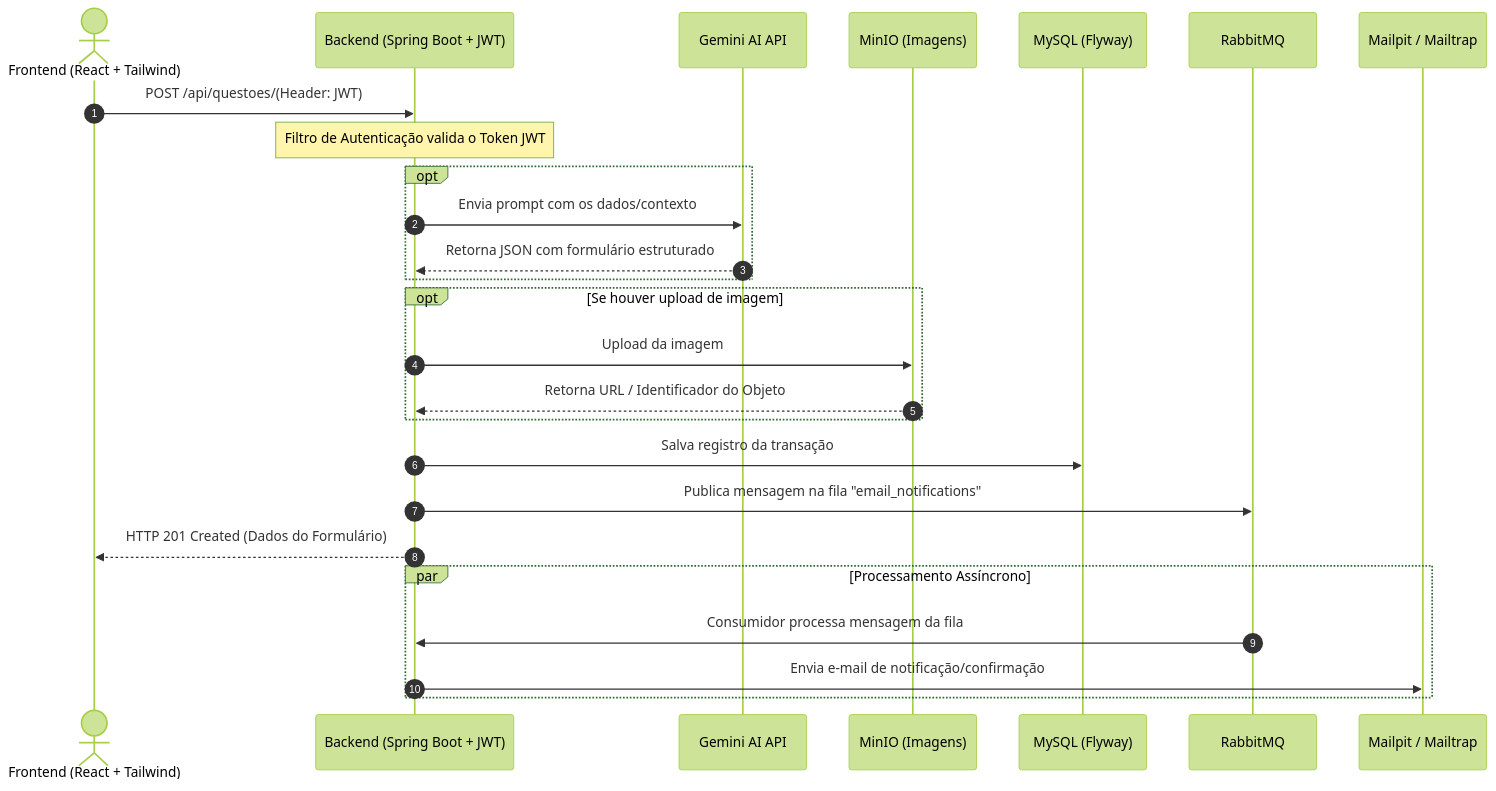
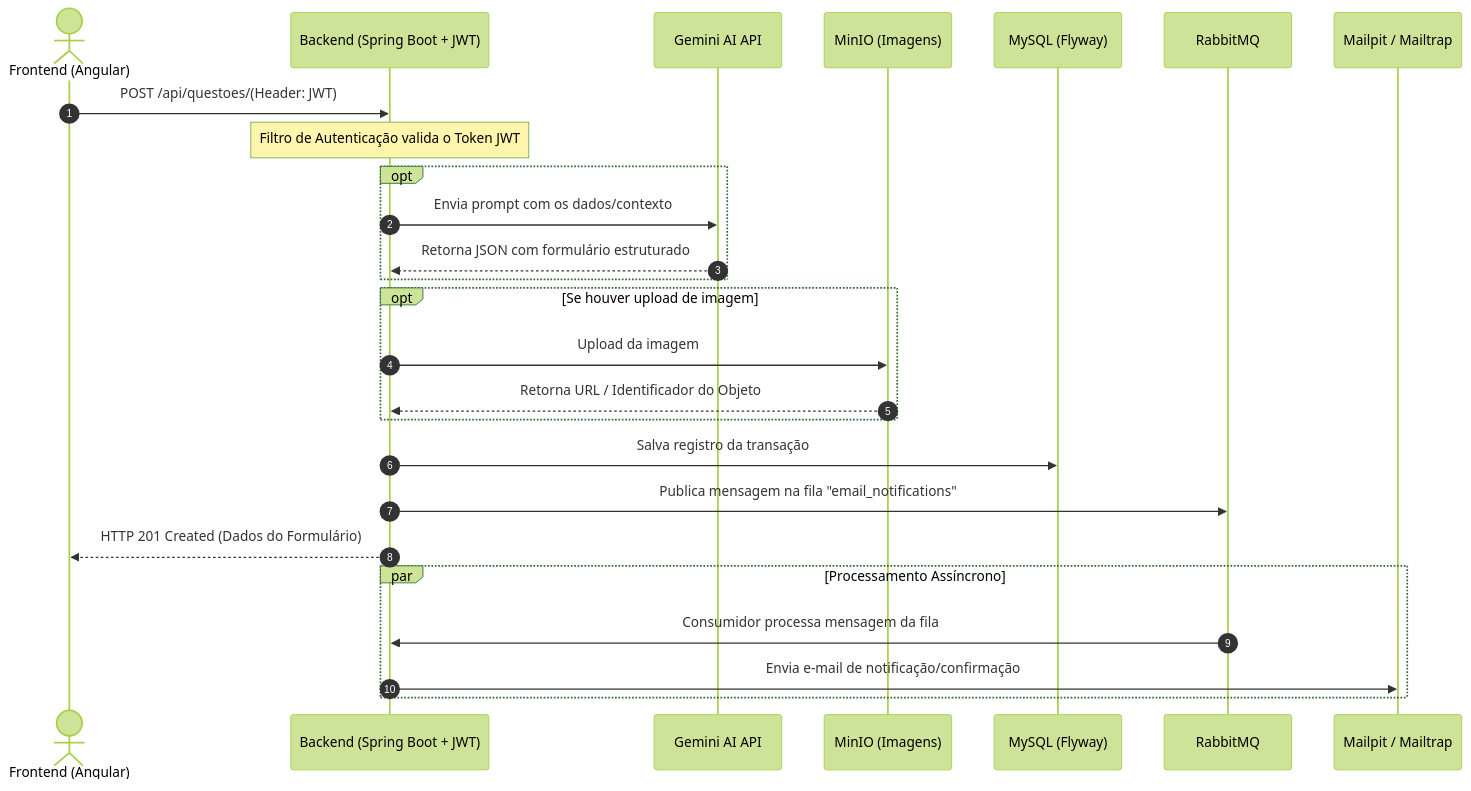
One commit to jalvmiller/PROBEND changed the diagram in README.md. Above: the diagram before and after it, drawn with Mermaid (forest theme). The commit also changed other lines of this file, not shown here.

First line of the commit message:
docs: documentação da migração Angular, diretórios

````diff
--- a/README.md
+++ b/README.md
@@ -129,32 +130,32 @@
 ```mermaid
 sequenceDiagram
     autonumber
-    actor Cliente as Frontend (React + Tailwind)
+    actor Cliente as Frontend (Angular)
     participant API as Backend (Spring Boot + JWT)
     participant Gemini as Gemini AI API
     participant MinIO as MinIO (Imagens)
     participant DB as MySQL (Flyway)
     participant Queue as RabbitMQ
     participant Mail as Mailpit / Mailtrap
 
     Cliente->>API: POST /api/questoes/(Header: JWT)
     Note over API: Filtro de Autenticação valida o Token JWT
     
     opt
         API->>Gemini: Envia prompt com os dados/contexto
         Gemini-->>API: Retorna JSON com formulário estruturado
     end
     opt Se houver upload de imagem
         API->>MinIO: Upload da imagem
         MinIO-->>API: Retorna URL / Identificador do Objeto
     end
 
     API->>DB: Salva registro da transação
     API->>Queue: Publica mensagem na fila "email_notifications"
     API-->>Cliente: HTTP 201 Created (Dados do Formulário)
 
     par Processamento Assíncrono
         Queue->>API: Consumidor processa mensagem da fila
         API->>Mail: Envia e-mail de notificação/confirmação
     end
 ```
````
